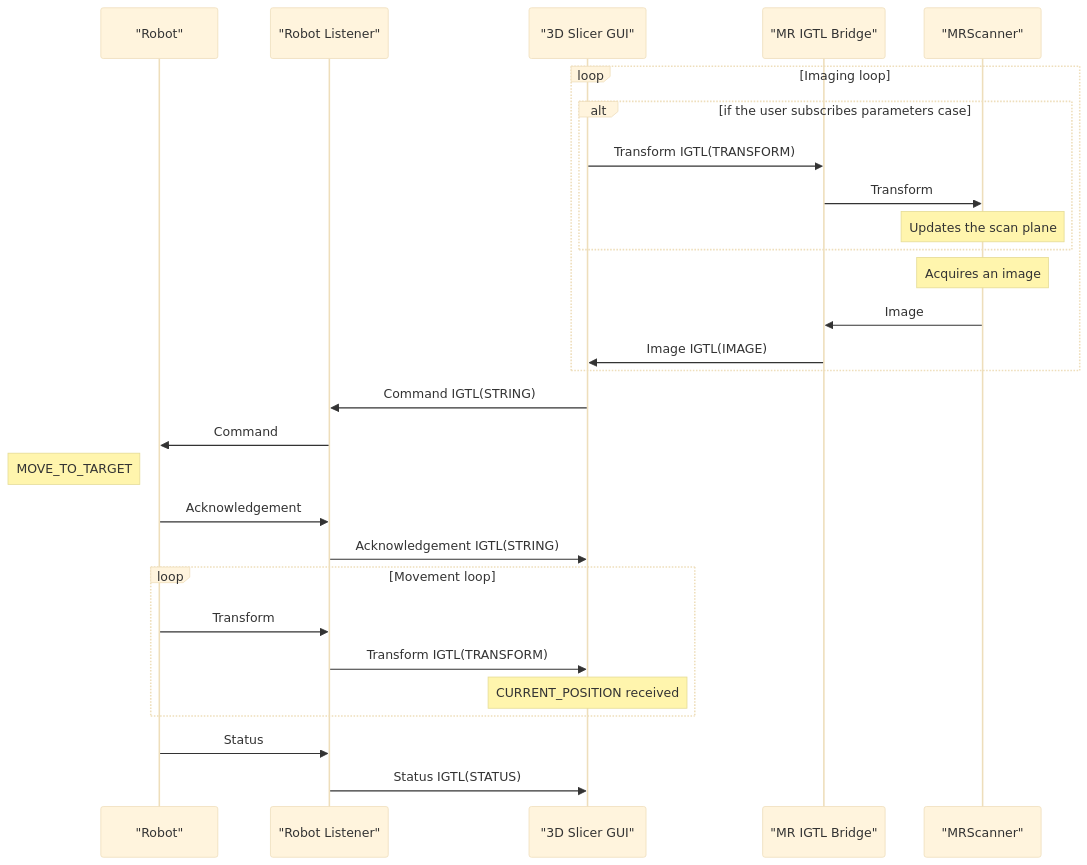
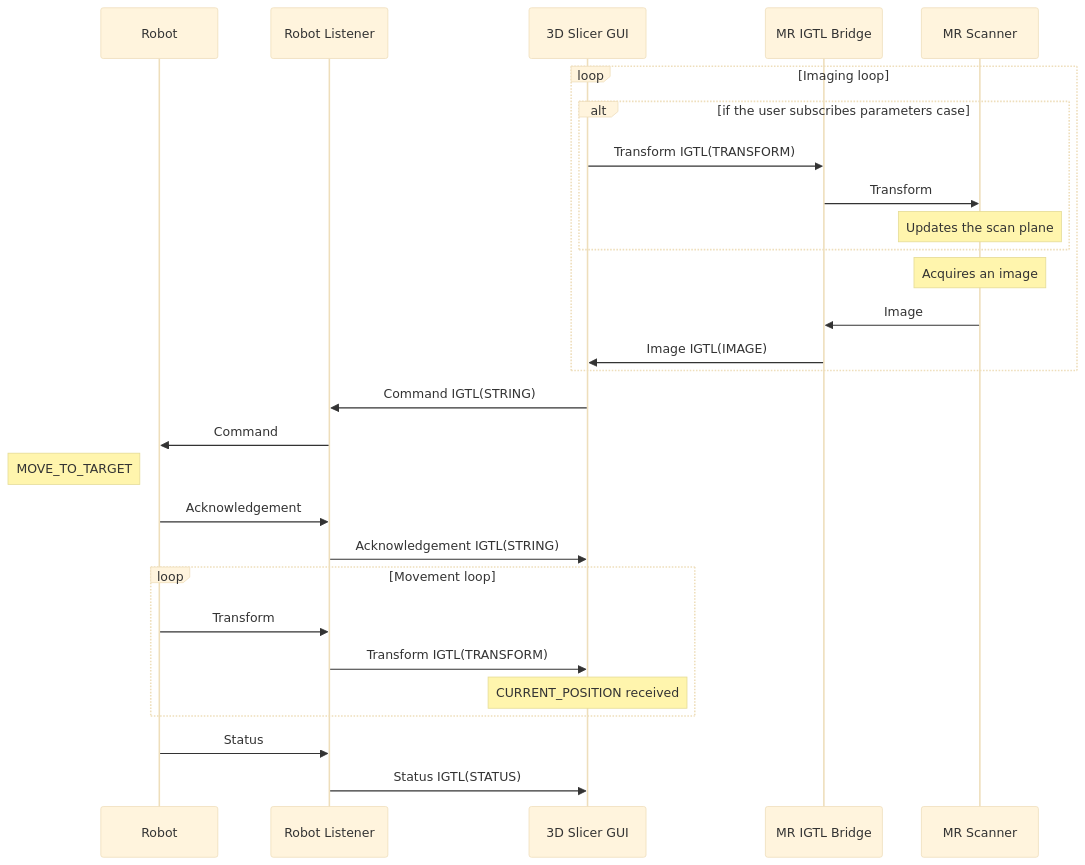
One commit to ProstateBRP/BRPRobot2021 changed the fifth of 5 diagrams in README.md. Above: the diagram before and after it, drawn with Mermaid (base theme). The commit also changed other lines of this file, not shown here.

Commit message:
Remove double-quotations from the participant names in the sequence diagram.

````diff
--- a/README.md
+++ b/README.md
@@ -215,35 +215,35 @@
 ```mermaid
 sequenceDiagram
 
-participant "Robot"
-participant "Robot Listener"
-participant "3D Slicer GUI"
-participant "MR IGTL Bridge"
-participant "MRScanner"
+participant R as Robot
+participant RL as Robot Listener
+participant SGUI as 3D Slicer GUI
+participant MRIGTL  as MR IGTL Bridge
+participant MRS as MR Scanner
 
 loop Imaging loop
 alt if the user subscribes parameters case
-"3D Slicer GUI"->>"MR IGTL Bridge":Transform IGTL(TRANSFORM)
-"MR IGTL Bridge"->>"MRScanner":Transform
-note over "MRScanner":Updates the scan plane
+SGUI->>MRIGTL:Transform IGTL(TRANSFORM)
+MRIGTL->>MRS:Transform
+note over MRS:Updates the scan plane
 end
-note over "MRScanner":Acquires an image
-"MRScanner"->>"MR IGTL Bridge":Image
-"MR IGTL Bridge"->>"3D Slicer GUI":Image IGTL(IMAGE)
+note over MRS:Acquires an image
+MRS->>MRIGTL:Image
+MRIGTL->>SGUI:Image IGTL(IMAGE)
 end
 
-"3D Slicer GUI"->>"Robot Listener":Command IGTL(STRING)
-"Robot Listener"->>"Robot":Command
+SGUI->>RL:Command IGTL(STRING)
+RL->>R:Command
 
-note left of "Robot":MOVE_TO_TARGET
-"Robot"->>"Robot Listener":Acknowledgement
-"Robot Listener"->>"3D Slicer GUI":Acknowledgement IGTL(STRING)
+note left of R:MOVE_TO_TARGET
+R->>RL:Acknowledgement
+RL->>SGUI:Acknowledgement IGTL(STRING)
 loop Movement loop
-"Robot"->>"Robot Listener":Transform
-"Robot Listener"->>"3D Slicer GUI":Transform IGTL(TRANSFORM)
-note over "3D Slicer GUI":CURRENT_POSITION received
+R->>RL:Transform
+RL->>SGUI:Transform IGTL(TRANSFORM)
+note over SGUI:CURRENT_POSITION received
 end
 
-"Robot"->>"Robot Listener":Status
-"Robot Listener"->>"3D Slicer GUI":Status IGTL(STATUS)
+R->>RL:Status
+RL->>SGUI:Status IGTL(STATUS)
 ```
````
